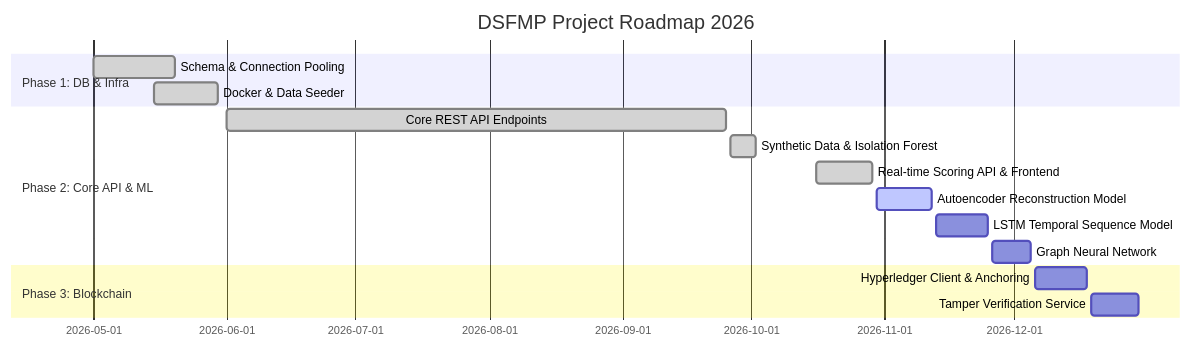
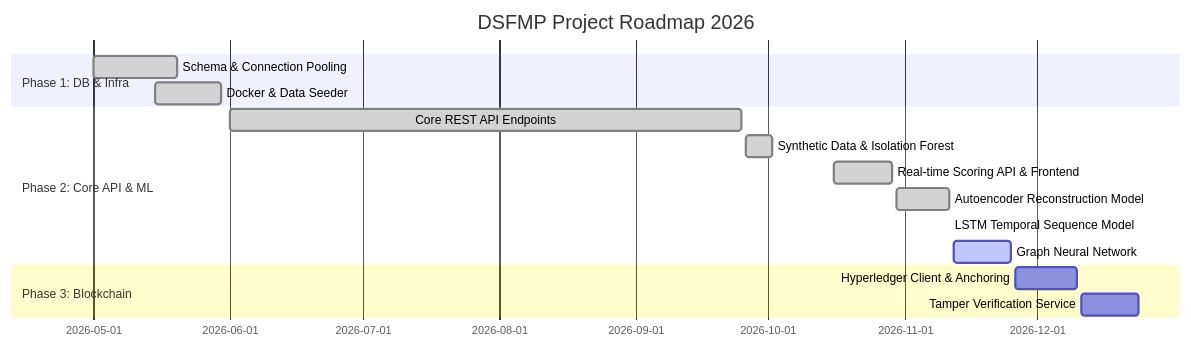
Before and after one commit to ErediAlvin/Fraud-and-Anomaly-Detection-DSFMP: the diagram in progress.md, drawn with Mermaid. The commit also changed other lines of this file and 41 other files, not shown here.

Commit message:
feat(ensemble): transition to 3-model weighted ensemble (IF 40%, AE 30%, LSTM 30%) and remove GNN model

````diff
--- a/progress.md
+++ b/progress.md
@@ -155,18 +188,18 @@
 ```mermaid
 gantt
     title DSFMP Project Roadmap 2026
     dateFormat  YYYY-MM-DD
     section Phase 1: DB & Infra
     Schema & Connection Pooling        :done, 2026-05-01, 2026-05-20
     Docker & Data Seeder              :done, 2026-05-15, 2026-05-30
     section Phase 2: Core API & ML
     Core REST API Endpoints           :done, 2026-06-01, 2026-09-25
     Synthetic Data & Isolation Forest :done, 2026-09-26, 2026-10-02
     Real-time Scoring API & Frontend  :done, 2026-10-16, 2026-10-29
-    Autoencoder Reconstruction Model   :active, 2026-10-30, 2026-11-12
-    LSTM Temporal Sequence Model      : 2026-11-13, 2026-11-25
-    Graph Neural Network              : 2026-11-26, 2026-12-05
+    Autoencoder Reconstruction Model   :done, 2026-10-30, 2026-11-11
+    LSTM Temporal Sequence Model      :done, 2026-11-11, 2026-11-11
+    Graph Neural Network              :active, 2026-11-12, 2026-11-25
     section Phase 3: Blockchain
-    Hyperledger Client & Anchoring    : 2026-12-06, 2026-12-18
-    Tamper Verification Service       : 2026-12-19, 2026-12-30
+    Hyperledger Client & Anchoring    : 2026-11-26, 2026-12-10
+    Tamper Verification Service       : 2026-12-11, 2026-12-24
 ```
````
